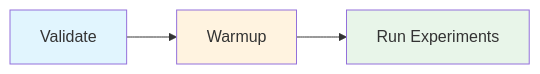
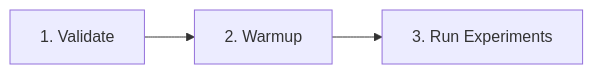
Before and after one commit to omorros/SnapShelf: the sixth of 6 diagrams in research/02-pipeline-comparison/README.md, drawn with Mermaid. The commit also changed other lines of this file, not shown here.

Commit message:
formated diagrams and improved readme readibility

````diff
--- a/research/02-pipeline-comparison/README.md
+++ b/research/02-pipeline-comparison/README.md
@@ -276,9 +244,4 @@
 ```mermaid
 flowchart LR
-    A[Validate] --> B[Warmup]
-    B --> C[Run Experiments]
-
-    style A fill:#e1f5fe
-    style B fill:#fff3e0
-    style C fill:#e8f5e9
+    A[1. Validate] --> B[2. Warmup] --> C[3. Run Experiments]
 ```
````
